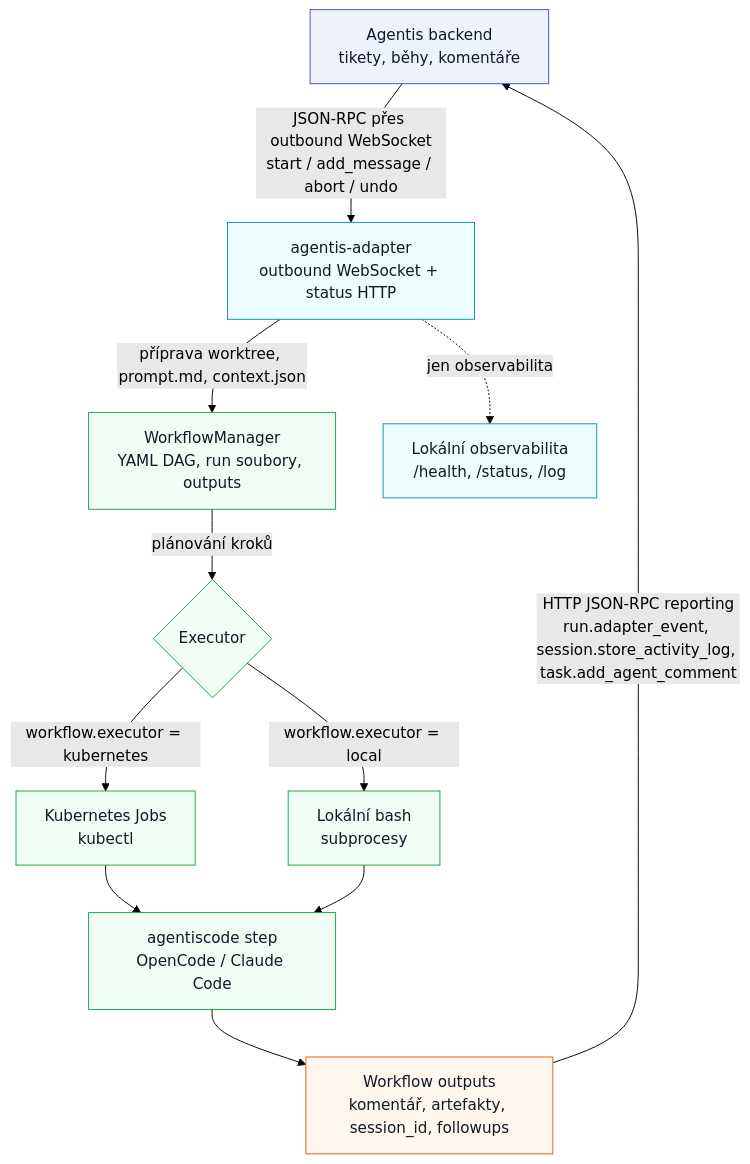
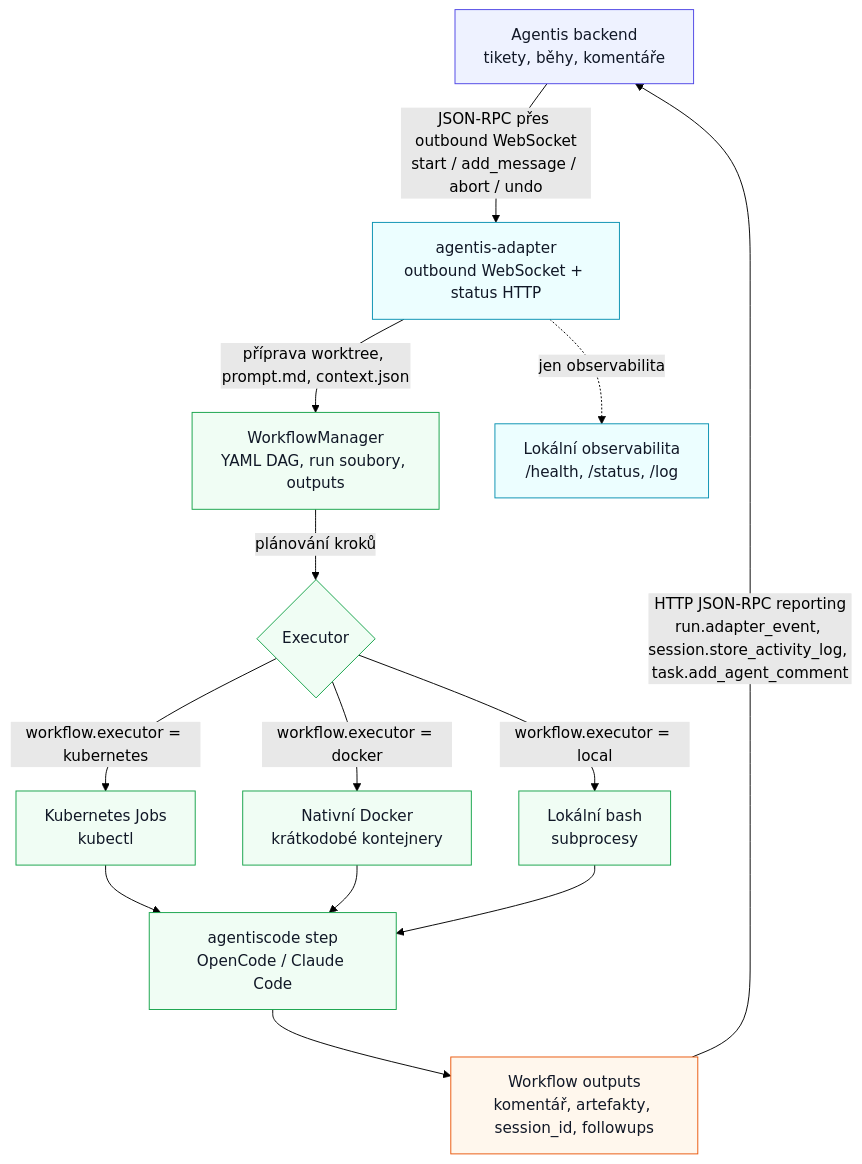
Before and after one commit to ondrejnov/agentis-adapter: the diagram in README.md, drawn with Mermaid (forest theme). The commit also changed other lines of this file and 12 other files, not shown here.

First line of the commit message:
Add Docker executor for workflow steps

````diff
--- a/README.md
+++ b/README.md
@@ -15,32 +15,35 @@
 ```mermaid
 flowchart TD
     agentis["Agentis backend<br/>tikety, běhy, komentáře"]
     adapter["agentis-adapter<br/>outbound WebSocket + status HTTP"]
     workflow["WorkflowManager<br/>YAML DAG, run soubory, outputs"]
     executor{"Executor"}
     kubernetes["Kubernetes Jobs<br/>kubectl"]
+    docker["Nativní Docker<br/>krátkodobé kontejnery"]
     local["Lokální bash<br/>subprocesy"]
     agent["agentiscode step<br/>OpenCode / Claude Code"]
     outputs["Workflow outputs<br/>komentář, artefakty, session_id, followups"]
     status["Lokální observabilita<br/>/health, /status, /log"]
 
     agentis -->|"JSON-RPC přes outbound WebSocket<br/>start / add_message / abort / undo"| adapter
     adapter -->|"příprava worktree, prompt.md, context.json"| workflow
     workflow -->|"plánování kroků"| executor
     executor -->|"workflow.executor = kubernetes"| kubernetes
+    executor -->|"workflow.executor = docker"| docker
     executor -->|"workflow.executor = local"| local
     kubernetes --> agent
+    docker --> agent
     local --> agent
     agent --> outputs
     outputs -->|"HTTP JSON-RPC reporting<br/>run.adapter_event, session.store_activity_log, task.add_agent_comment"| agentis
     adapter -.->|"jen observabilita"| status
 
     classDef external fill:#eef2ff,stroke:#4f46e5,color:#111827
     classDef adapterNode fill:#ecfeff,stroke:#0891b2,color:#111827
     classDef runtime fill:#f0fdf4,stroke:#16a34a,color:#111827
     classDef output fill:#fff7ed,stroke:#ea580c,color:#111827
     class agentis external
     class adapter,status adapterNode
-    class workflow,executor,kubernetes,local,agent runtime
+    class workflow,executor,kubernetes,docker,local,agent runtime
     class outputs output
 ```
````
